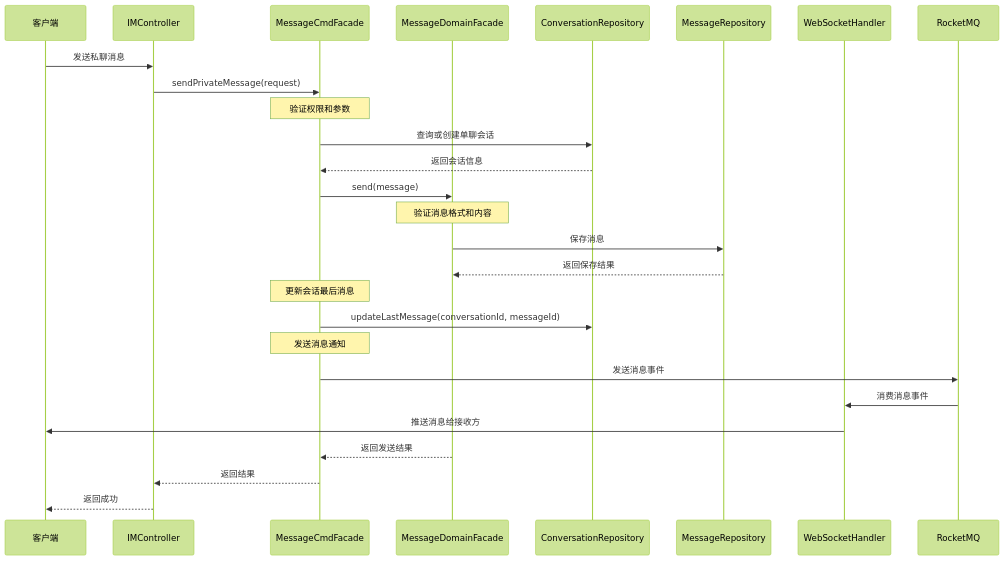
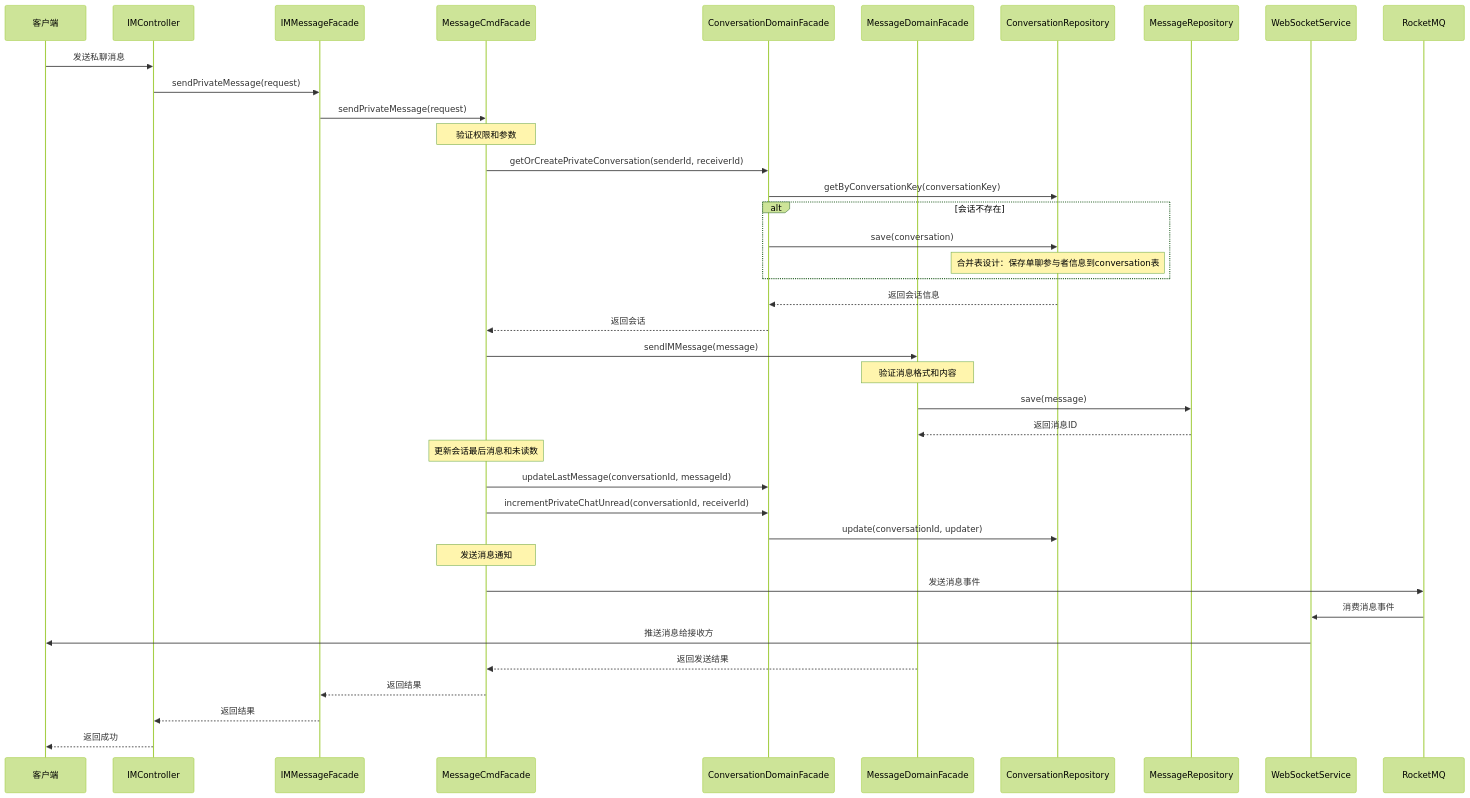
One commit to carso66/maxkb changed diagram 12 of 25 in technical-solution.md. Above: the diagram before and after it, drawn with Mermaid (forest theme). The commit also changed other lines of this file, not shown here.

````diff
--- a/technical-solution.md
+++ b/technical-solution.md
@@ -799,35 +978,49 @@
 ```mermaid
 sequenceDiagram
     participant Client as 客户端
     participant Controller as IMController
+    participant Facade as IMMessageFacade
     participant CmdFacade as MessageCmdFacade
-    participant DomainFacade as MessageDomainFacade
+    participant ConvDomainFacade as ConversationDomainFacade
+    participant MsgDomainFacade as MessageDomainFacade
     participant ConvRepo as ConversationRepository
     participant MsgRepo as MessageRepository
-    participant WebSocket as WebSocketHandler
+    participant WebSocket as WebSocketService
     participant MQ as RocketMQ
     
     Client->>Controller: 发送私聊消息
-    Controller->>CmdFacade: sendPrivateMessage(request)
+    Controller->>Facade: sendPrivateMessage(request)
+    Facade->>CmdFacade: sendPrivateMessage(request)
     
     Note over CmdFacade: 验证权限和参数
-    CmdFacade->>ConvRepo: 查询或创建单聊会话
-    ConvRepo-->>CmdFacade: 返回会话信息
+    CmdFacade->>ConvDomainFacade: getOrCreatePrivateConversation(senderId, receiverId)
+    ConvDomainFacade->>ConvRepo: getByConversationKey(conversationKey)
     
-    CmdFacade->>DomainFacade: send(message)
-    Note over DomainFacade: 验证消息格式和内容
-    DomainFacade->>MsgRepo: 保存消息
-    MsgRepo-->>DomainFacade: 返回保存结果
+    alt 会话不存在
+        ConvDomainFacade->>ConvRepo: save(conversation)
+        Note over ConvRepo: 合并表设计：保存单聊参与者信息到conversation表
+    end
     
-    Note over CmdFacade: 更新会话最后消息
-    CmdFacade->>ConvRepo: updateLastMessage(conversationId, messageId)
+    ConvRepo-->>ConvDomainFacade: 返回会话信息
+    ConvDomainFacade-->>CmdFacade: 返回会话
+    
+    CmdFacade->>MsgDomainFacade: sendIMMessage(message)
+    Note over MsgDomainFacade: 验证消息格式和内容
+    MsgDomainFacade->>MsgRepo: save(message)
+    MsgRepo-->>MsgDomainFacade: 返回消息ID
+    
+    Note over CmdFacade: 更新会话最后消息和未读数
+    CmdFacade->>ConvDomainFacade: updateLastMessage(conversationId, messageId)
+    CmdFacade->>ConvDomainFacade: incrementPrivateChatUnread(conversationId, receiverId)
+    ConvDomainFacade->>ConvRepo: update(conversationId, updater)
     
     Note over CmdFacade: 发送消息通知
     CmdFacade->>MQ: 发送消息事件
     MQ->>WebSocket: 消费消息事件
     WebSocket->>Client: 推送消息给接收方
     
-    DomainFacade-->>CmdFacade: 返回发送结果
-    CmdFacade-->>Controller: 返回结果
+    MsgDomainFacade-->>CmdFacade: 返回发送结果
+    CmdFacade-->>Facade: 返回结果
+    Facade-->>Controller: 返回结果
     Controller-->>Client: 返回成功
 ```
````
